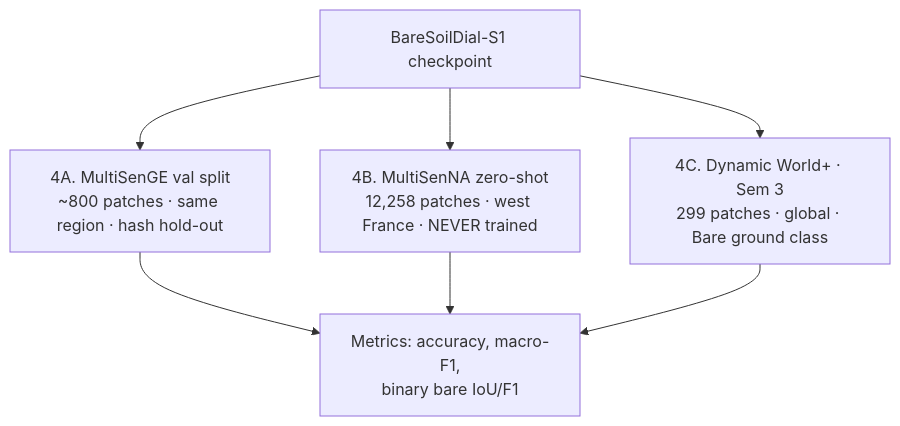
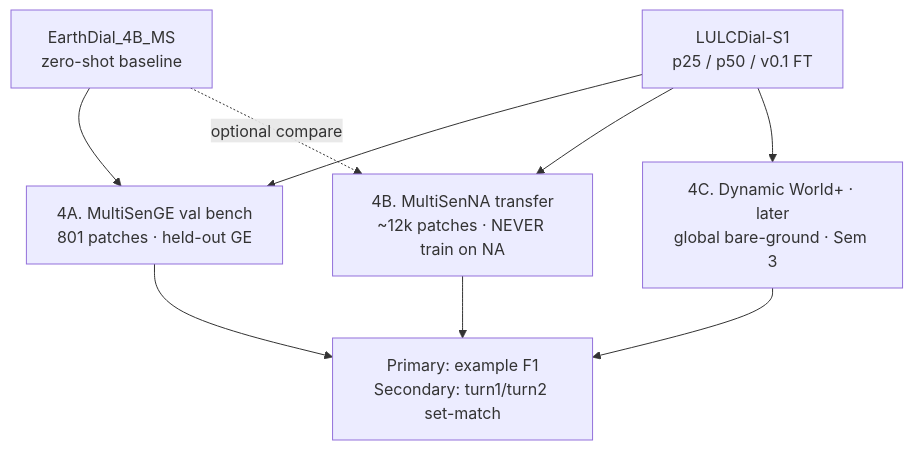
Before and after one commit to Riha-K/MTP: the third of 3 diagrams in BenchmarkGuide/AI4LCC/BareSoil_AI4LCC_Workflow_Guide.md, drawn with Mermaid. The commit also changed other lines of this file and 8 other files, not shown here.

First line of the commit message:
Update docs so Stage 1 done status and MultiSenNA next match.

````diff
--- a/BenchmarkGuide/AI4LCC/BareSoil_AI4LCC_Workflow_Guide.md
+++ b/BenchmarkGuide/AI4LCC/BareSoil_AI4LCC_Workflow_Guide.md
@@ -367,12 +359,17 @@
 ```mermaid
 flowchart TB
-    MODEL["BareSoilDial-S1 checkpoint"]
+    BASE["EarthDial_4B_MS<br/>zero-shot baseline"]
+    FT["LULCDial-S1<br/>p25 / p50 / v0.1 FT"]
 
-    MODEL --> V1["4A. MultiSenGE val split<br/>~800 patches · same region · hash hold-out"]
-    MODEL --> V2["4B. MultiSenNA zero-shot<br/>12,258 patches · west France · NEVER trained"]
-    MODEL --> V3["4C. Dynamic World+ · Sem 3<br/>299 patches · global · Bare ground class"]
+    BASE --> V1["4A. MultiSenGE val bench<br/>801 patches · held-out GE"]
+    FT --> V1
 
-    V1 --> MET["Metrics: accuracy, macro-F1,<br/>binary bare IoU/F1"]
+    FT --> V2["4B. MultiSenNA transfer<br/>~12k patches · NEVER train on NA"]
+    BASE -.->|"optional compare"| V2
+
+    FT --> V3["4C. Dynamic World+ · later<br/>global bare-ground · Sem 3"]
+
+    V1 --> MET["Primary: example F1<br/>Secondary: turn1/turn2 set-match"]
     V2 --> MET
     V3 --> MET
 ```
````
